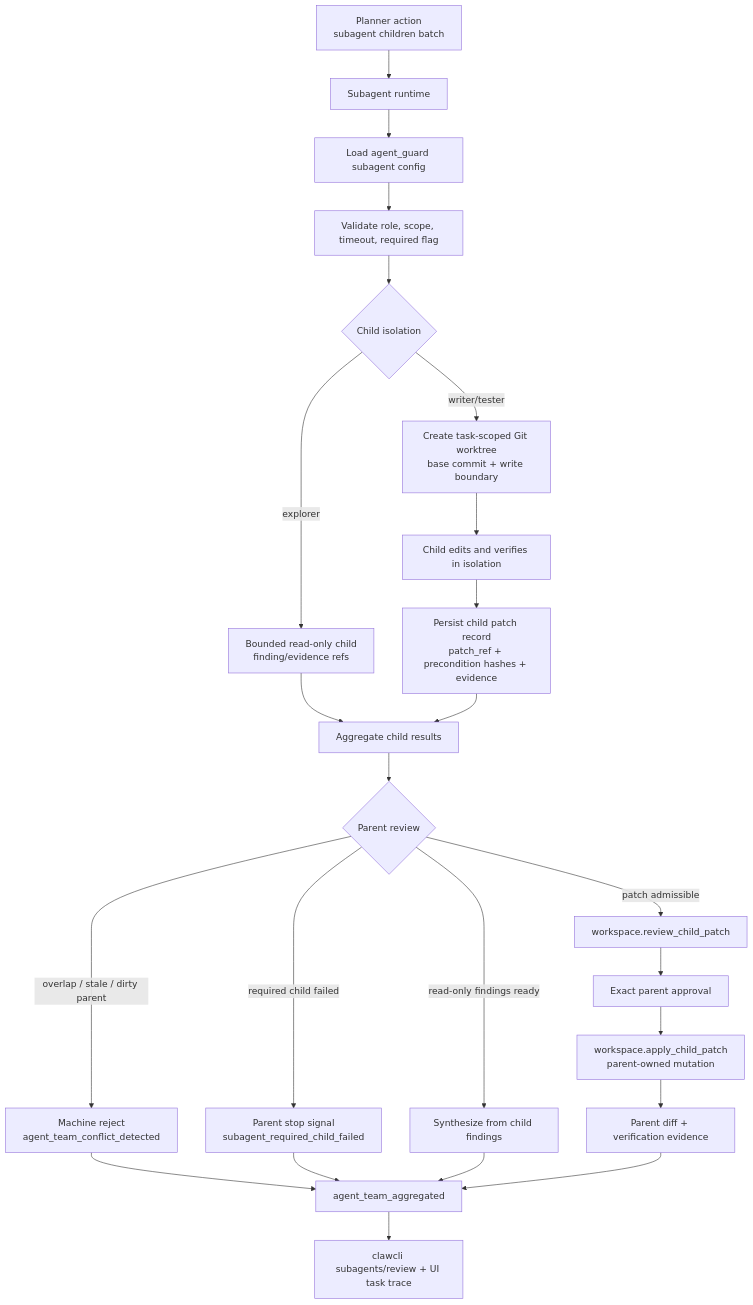
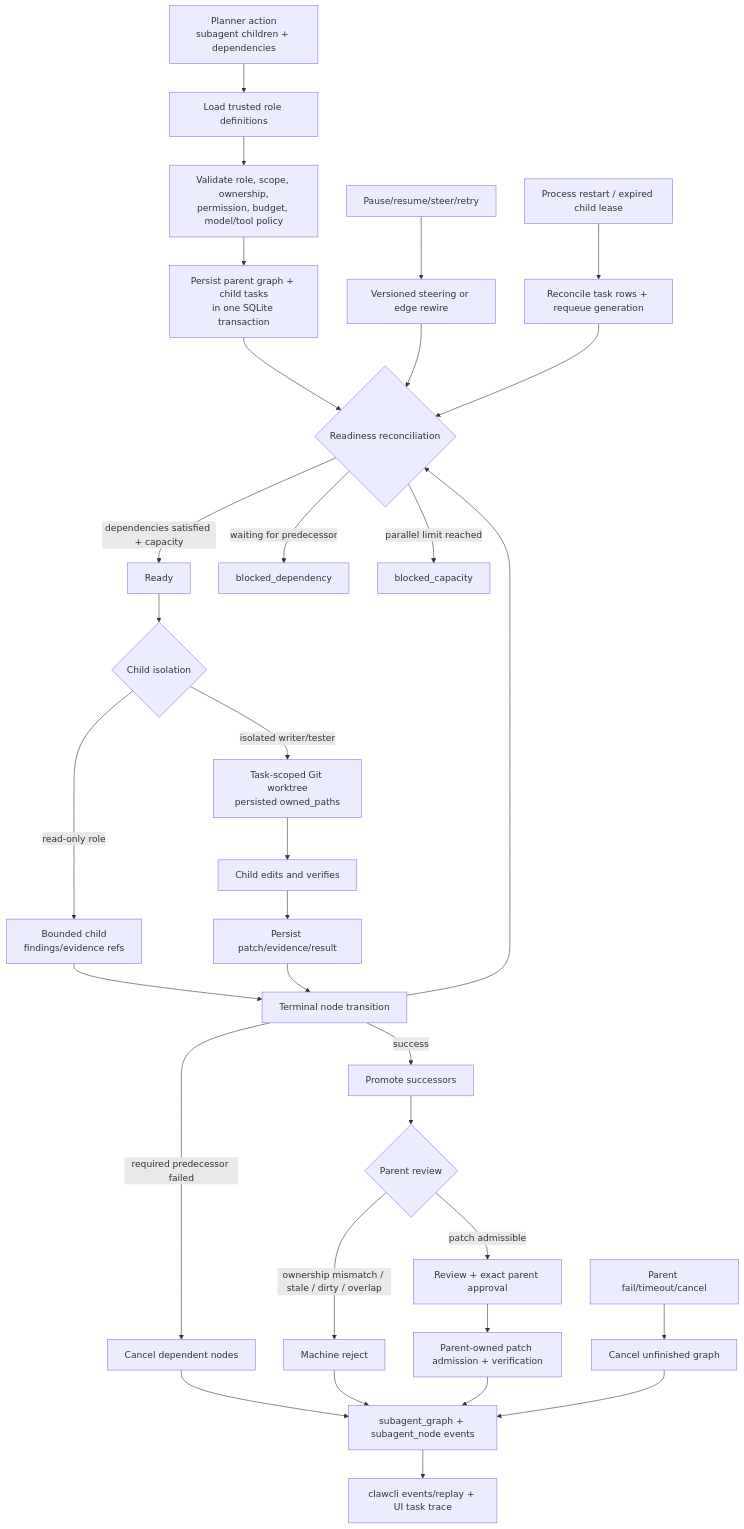
The ninth of 17 diagrams in README.md (MatrixCoreX/RustClaw), drawn with Mermaid before and after one commit. The commit also changed other lines of this file and 42 other files, not shown here.

Commit message:
feat: persist durable subagent task graphs

````diff
--- a/README.md
+++ b/README.md
@@ -610,26 +610,34 @@
 ```mermaid
 flowchart TD
-    A[Planner action<br/>subagent children batch] --> B[Subagent runtime]
-    B --> C[Load agent_guard subagent config]
-    C --> D[Validate role, scope, timeout, required flag]
-    D --> E{Child isolation}
-    E -->|explorer| F[Bounded read-only child<br/>finding/evidence refs]
-    E -->|writer/tester| G[Create task-scoped Git worktree<br/>base commit + write boundary]
-    G --> H[Child edits and verifies in isolation]
-    H --> I[Persist child patch record<br/>patch_ref + precondition hashes + evidence]
-    F --> J[Aggregate child results]
-    I --> J
-    J --> K{Parent review}
-    K -->|overlap / stale / dirty parent| L[Machine reject<br/>agent_team_conflict_detected]
-    K -->|required child failed| M[Parent stop signal<br/>subagent_required_child_failed]
-    K -->|read-only findings ready| N[Synthesize from child findings]
-    K -->|patch admissible| O[workspace.review_child_patch]
-    O --> P[Exact parent approval]
-    P --> Q[workspace.apply_child_patch<br/>parent-owned mutation]
-    Q --> R[Parent diff + verification evidence]
-    L --> S[agent_team_aggregated]
-    M --> S
-    N --> S
-    R --> S
-    S --> T[clawcli subagents/review + UI task trace]
+    A[Planner action<br/>subagent children + dependencies] --> B[Load trusted role definitions]
+    B --> C[Validate role, scope, ownership,<br/>permission, budget, model/tool policy]
+    C --> D[Persist parent graph + child tasks<br/>in one SQLite transaction]
+    D --> E{Readiness reconciliation}
+    E -->|dependencies satisfied + capacity| F[Ready]
+    E -->|waiting for predecessor| G[blocked_dependency]
+    E -->|parallel limit reached| H[blocked_capacity]
+    F --> I{Child isolation}
+    I -->|read-only role| J[Bounded child<br/>findings/evidence refs]
+    I -->|isolated writer/tester| K[Task-scoped Git worktree<br/>persisted owned_paths]
+    K --> L[Child edits and verifies]
+    L --> M[Persist patch/evidence/result]
+    J --> N[Terminal node transition]
+    M --> N
+    N --> E
+    N -->|required predecessor failed| O[Cancel dependent nodes]
+    N -->|success| P[Promote successors]
+    P --> Q{Parent review}
+    Q -->|ownership mismatch / stale / dirty / overlap| R[Machine reject]
+    Q -->|patch admissible| S[Review + exact parent approval]
+    S --> T[Parent-owned patch admission + verification]
+    U[Pause/resume/steer/retry] --> V[Versioned steering or edge rewire]
+    V --> E
+    W[Process restart / expired child lease] --> X[Reconcile task rows + requeue generation]
+    X --> E
+    Y[Parent fail/timeout/cancel] --> Z[Cancel unfinished graph]
+    O --> AA[subagent_graph + subagent_node events]
+    R --> AA
+    T --> AA
+    Z --> AA
+    AA --> AB[clawcli events/replay + UI task trace]
 ```
````
